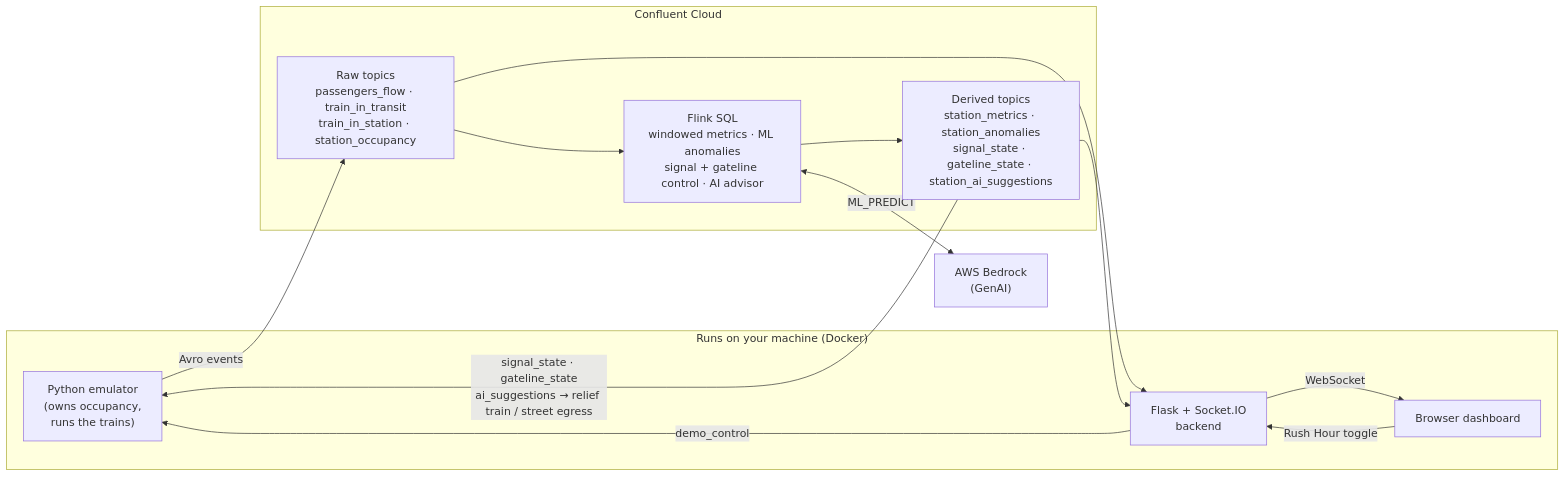
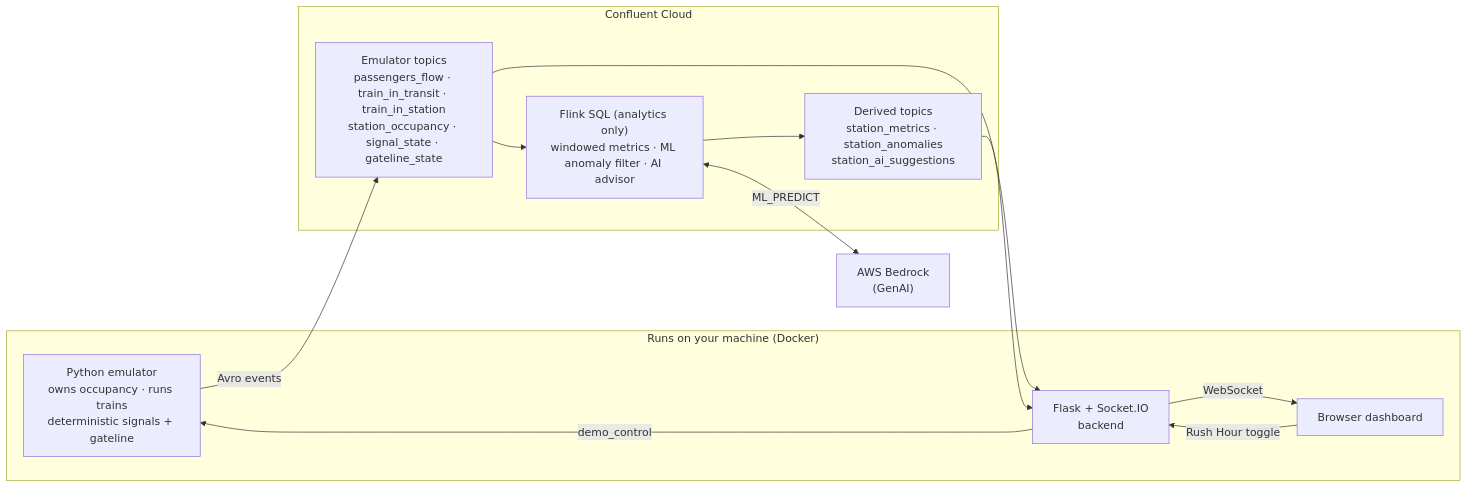
One commit to ifnesi/cc-ai-tilley-station-demo changed the diagram in README.md. Above: the diagram before and after it, drawn with Mermaid. The commit also changed other lines of this file and 16 other files, not shown here.

First line of the commit message:
Re-architect: deterministic control in emulator, Flink/AI analytics-only

````diff
--- a/README.md
+++ b/README.md
@@ -31,23 +32,22 @@
 ```mermaid
 flowchart LR
   subgraph local["Runs on your machine (Docker)"]
-    EM["Python emulator<br/>(owns occupancy,<br/>runs the trains)"]
+    EM["Python emulator<br/>owns occupancy · runs trains<br/>deterministic signals + gateline"]
     BE["Flask + Socket.IO<br/>backend"]
     UI["Browser dashboard"]
   end
 
   subgraph cloud["Confluent Cloud"]
-    RAW["Raw topics<br/>passengers_flow · train_in_transit<br/>train_in_station · station_occupancy"]
-    FLINK["Flink SQL<br/>windowed metrics · ML anomalies<br/>signal + gateline control · AI advisor"]
-    DER["Derived topics<br/>station_metrics · station_anomalies<br/>signal_state · gateline_state · station_ai_suggestions"]
+    RAW["Emulator topics<br/>passengers_flow · train_in_transit · train_in_station<br/>station_occupancy · signal_state · gateline_state"]
+    FLINK["Flink SQL (analytics only)<br/>windowed metrics · ML anomaly filter · AI advisor"]
+    DER["Derived topics<br/>station_metrics · station_anomalies<br/>station_ai_suggestions"]
   end
 
   BR["AWS Bedrock<br/>(GenAI)"]
 
   EM -->|Avro events| RAW --> FLINK --> DER
   FLINK <-->|ML_PREDICT| BR
   RAW --> BE
   DER --> BE -->|WebSocket| UI
   UI -->|Rush Hour toggle| BE -->|demo_control| EM
-  DER -->|signal_state · gateline_state<br/>ai_suggestions → relief train / street egress| EM
 ```
````
